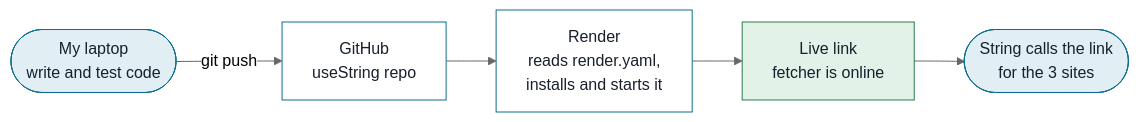
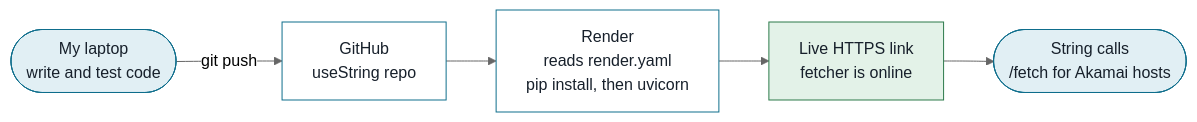
The sixth of 6 diagrams in README.md (Sakshamebdev873/useString), drawn with Mermaid (neutral theme) before and after one commit. The commit also changed other lines of this file, not shown here.

First line of the commit message:
Add Akamai and TLS fingerprint details to README

````diff
--- a/README.md
+++ b/README.md
@@ -106,14 +150,14 @@
 ```mermaid
 flowchart LR
     L(["My laptop<br/>write and test code"]) -- git push --> G["GitHub<br/>useString repo"]
-    G --> R["Render<br/>reads render.yaml,<br/>installs and starts it"]
-    R --> U["Live link<br/>fetcher is online"]
-    U --> S(["String calls the link<br/>for the 3 sites"])
+    G --> R["Render<br/>reads render.yaml<br/>pip install, then uvicorn"]
+    R --> U["Live HTTPS link<br/>fetcher is online"]
+    U --> S(["String calls<br/>/fetch for Akamai hosts"])
 
     classDef start fill:#E1EFF4,stroke:#0F6E8C,color:#17202B
     classDef step fill:#FFFFFF,stroke:#0F6E8C,color:#17202B
     classDef good fill:#E3F2E8,stroke:#2C7A4B,color:#17202B
     class L,S start
     class G,R step
     class U good
 ```
````
